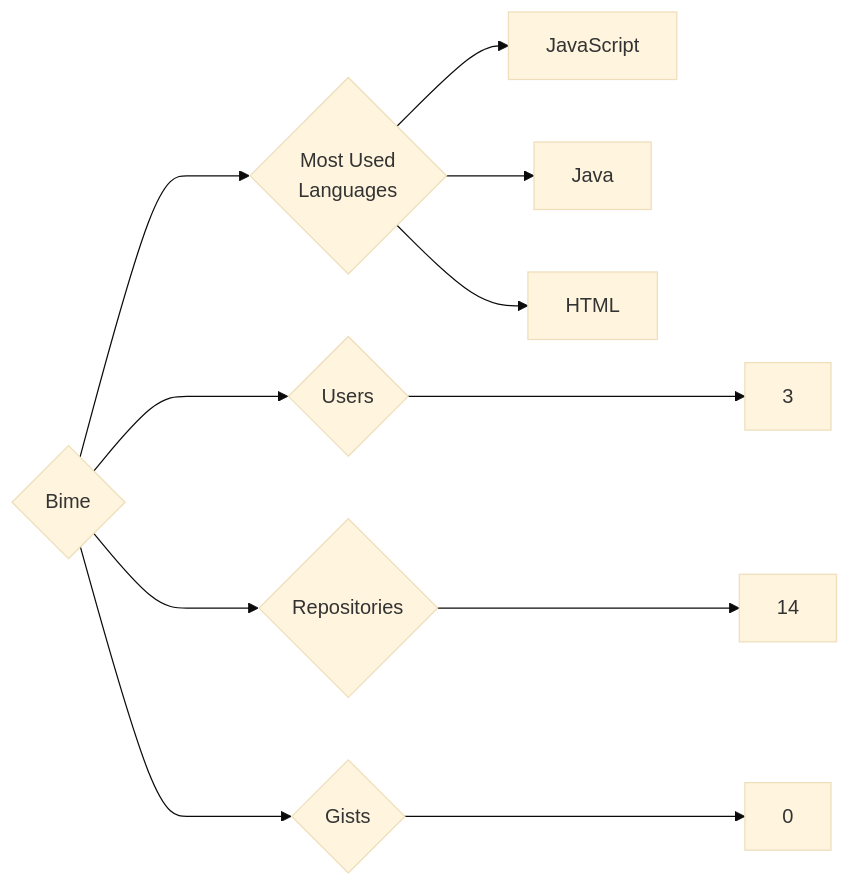
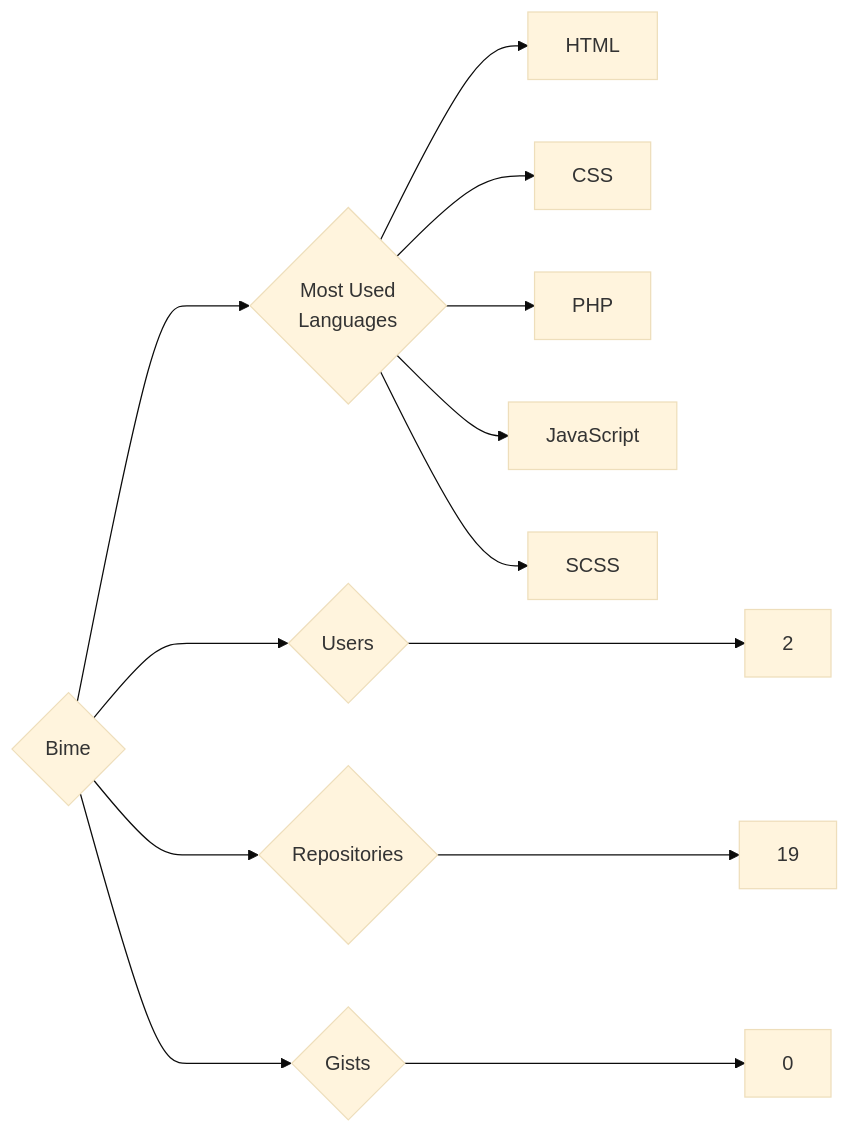
Before and after one commit to trickest/insiders: the diagram in targets/Bime/README.md, drawn with Mermaid (base theme). The commit also changed 752 other files, not shown here.

````diff
--- a/targets/Bime/README.md
+++ b/targets/Bime/README.md
@@ -3,11 +3,13 @@
 ```mermaid
 graph LR
 COMPANY_NAME{Bime}
-COMPANY_NAME ---> U{Users} ---> UN[3]
-COMPANY_NAME ---> R{Repositories} ---> RN[14]
+COMPANY_NAME ---> U{Users} ---> UN[2]
+COMPANY_NAME ---> R{Repositories} ---> RN[19]
 COMPANY_NAME ---> G{Gists} ---> GN[0]
 COMPANY_NAME ---> ML{Most Used<br>Languages}
+ML --> HTML[HTML]
+ML --> CSS[CSS]
+ML --> PHP[PHP]
 ML --> JavaScript[JavaScript]
-ML --> Java[Java]
-ML --> HTML[HTML]
+ML --> SCSS[SCSS]
 ```
````
